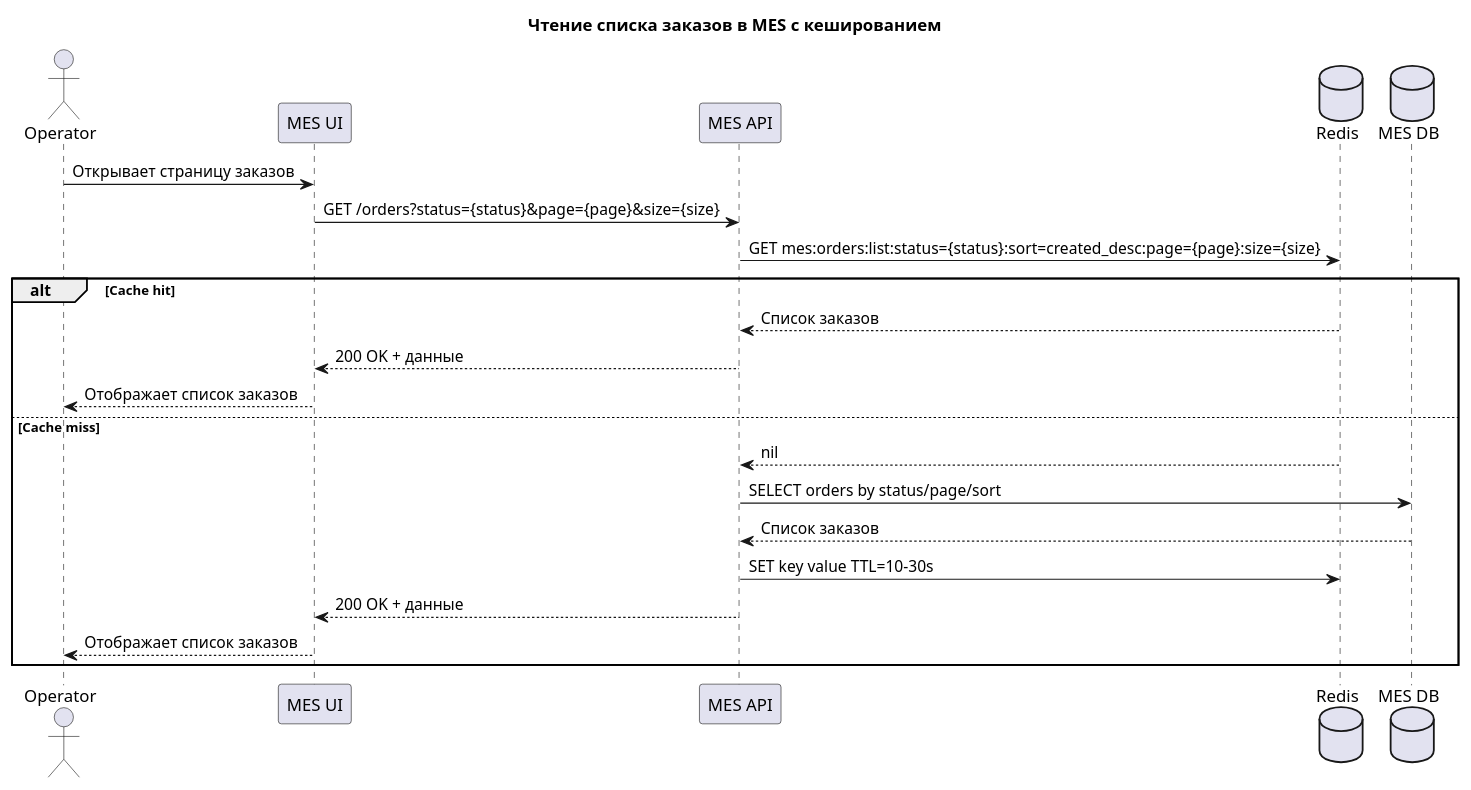
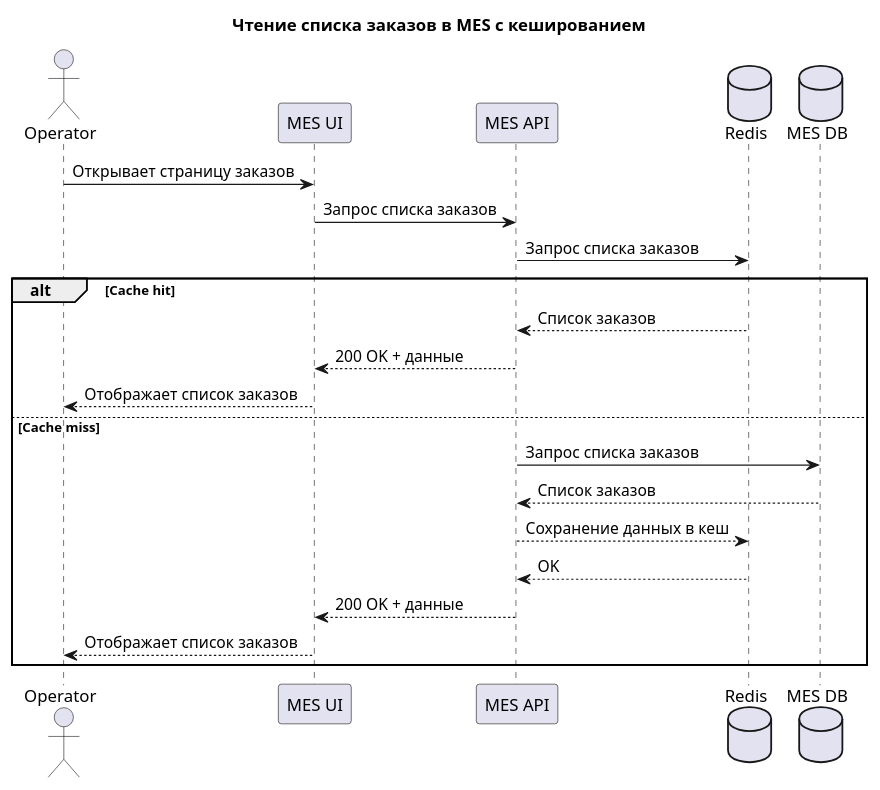
One commit to afjord/architecture-pro-alexandrite changed the first of 3 diagrams in Task5/Архитектурное решение по кешированию.md. Above: the diagram before and after it, drawn with PlantUML. The commit also changed other lines of this file, not shown here.

````diff
--- a/Task5/Архитектурное решение по кешированию.md
+++ b/Task5/Архитектурное решение по кешированию.md
@@ -107,29 +104,29 @@
 ```plantuml
 @startuml
 title Чтение списка заказов в MES с кешированием
 
 actor Operator
 participant "MES UI" as UI
 participant "MES API" as API
 database "Redis" as Cache
 database "MES DB" as DB
 
 Operator -> UI: Открывает страницу заказов
-UI -> API: GET /orders?status={status}&page={page}&size={size}
-API -> Cache: GET mes:orders:list:status={status}:sort=created_desc:page={page}:size={size}
+UI -> API: Запрос списка заказов
+API -> Cache: Запрос списка заказов
 
 alt Cache hit
     Cache --> API: Список заказов
     API --> UI: 200 OK + данные
     UI --> Operator: Отображает список заказов
 else Cache miss
-    Cache --> API: nil
-    API -> DB: SELECT orders by status/page/sort
+    API -> DB: Запрос списка заказов
     DB --> API: Список заказов
-    API -> Cache: SET key value TTL=10-30s
+    API --> Cache: Сохранение данных в кеш
+    Cache --> API: OK
     API --> UI: 200 OK + данные
     UI --> Operator: Отображает список заказов
 end
 
 @enduml
 ```
````
